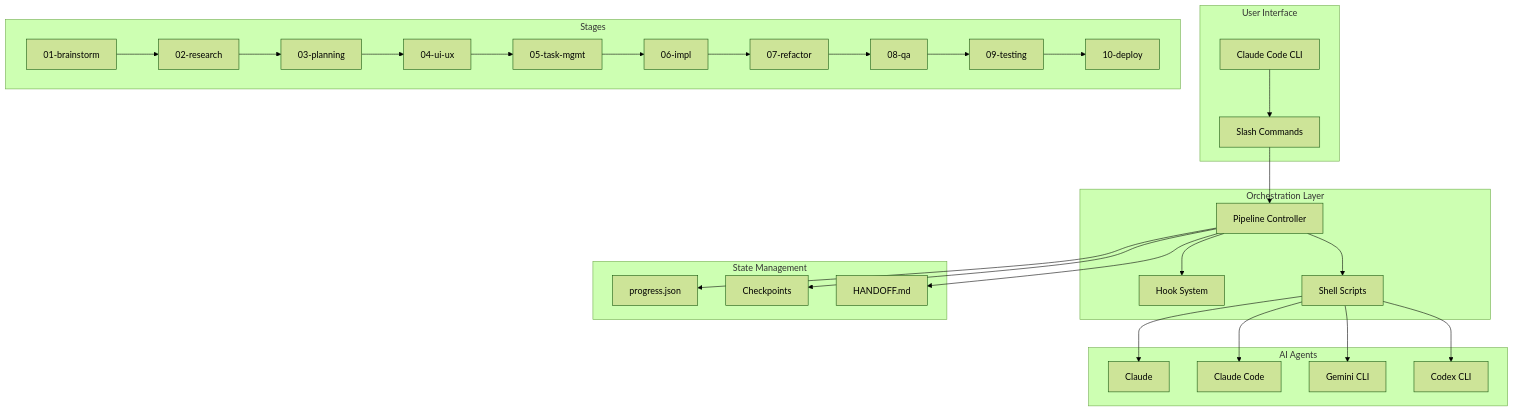
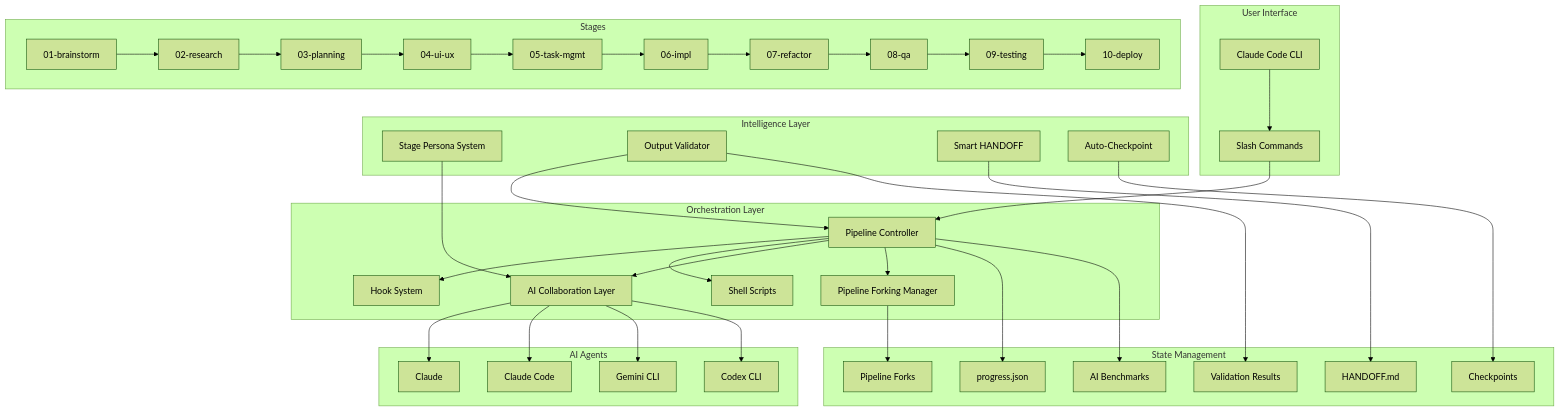
The first of 3 diagrams in docs/architecture.md (znehraks/ax-templates-v2), drawn with Mermaid (forest theme) before and after one commit. The commit also changed other lines of this file and 4 other files, not shown here.

````diff
--- a/docs/architecture.md
+++ b/docs/architecture.md
@@ -7,52 +7,71 @@
 ```mermaid
 graph TB
     subgraph "User Interface"
         CLI[Claude Code CLI]
         Commands[Slash Commands]
     end
 
     subgraph "Orchestration Layer"
         Pipeline[Pipeline Controller]
         Hooks[Hook System]
         Scripts[Shell Scripts]
+        Collaboration[AI Collaboration Layer]
+        Forking[Pipeline Forking Manager]
     end
 
     subgraph "AI Agents"
         Claude[Claude]
         ClaudeCode[Claude Code]
         Gemini[Gemini CLI]
         Codex[Codex CLI]
     end
 
+    subgraph "Intelligence Layer"
+        Personas[Stage Persona System]
+        Validator[Output Validator]
+        SmartHandoff[Smart HANDOFF]
+        AutoCheckpoint[Auto-Checkpoint]
+    end
+
     subgraph "State Management"
         Progress[progress.json]
         Checkpoints[Checkpoints]
         Handoffs[HANDOFF.md]
+        Benchmarks[AI Benchmarks]
+        Forks[Pipeline Forks]
+        Validations[Validation Results]
     end
 
     subgraph "Stages"
         S01[01-brainstorm]
         S02[02-research]
         S03[03-planning]
         S04[04-ui-ux]
         S05[05-task-mgmt]
         S06[06-impl]
         S07[07-refactor]
         S08[08-qa]
         S09[09-testing]
         S10[10-deploy]
     end
 
     CLI --> Commands
     Commands --> Pipeline
     Pipeline --> Hooks
     Pipeline --> Scripts
-    Scripts --> Claude
-    Scripts --> ClaudeCode
-    Scripts --> Gemini
-    Scripts --> Codex
+    Pipeline --> Collaboration
+    Pipeline --> Forking
+    Collaboration --> Claude
+    Collaboration --> ClaudeCode
+    Collaboration --> Gemini
+    Collaboration --> Codex
+    Personas --> Collaboration
+    Validator --> Pipeline
+    SmartHandoff --> Handoffs
+    AutoCheckpoint --> Checkpoints
     Pipeline --> Progress
-    Pipeline --> Checkpoints
-    Pipeline --> Handoffs
+    Pipeline --> Benchmarks
+    Forking --> Forks
+    Validator --> Validations
     S01 --> S02 --> S03 --> S04 --> S05 --> S06 --> S07 --> S08 --> S09 --> S10
 ```
````
